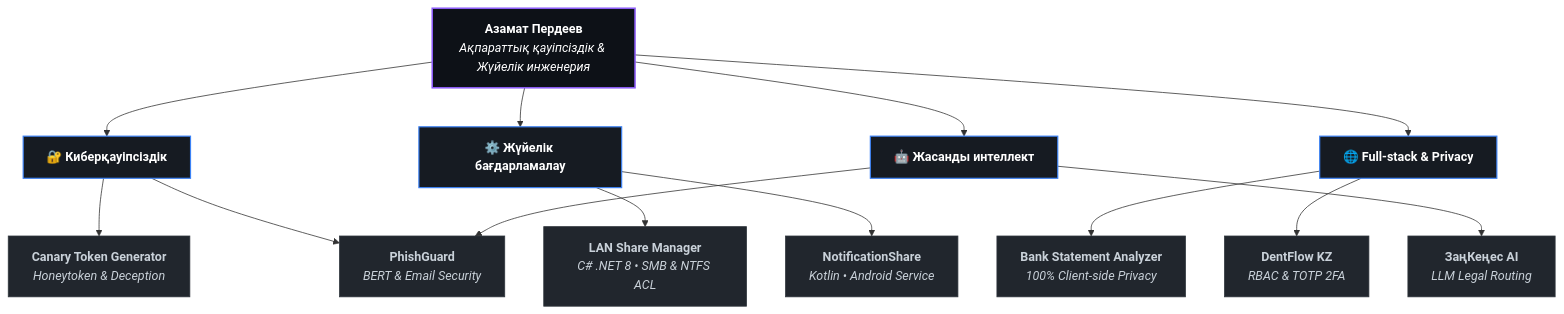
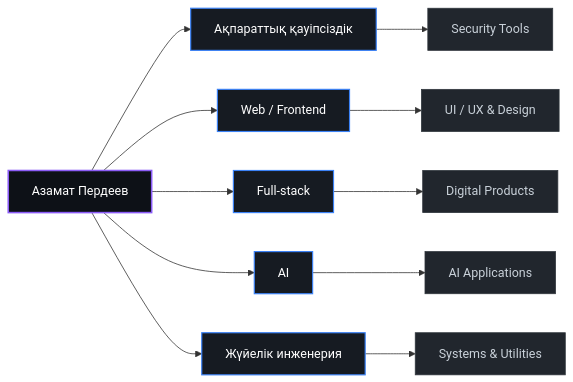
Before and after one commit to Azamaperdeev05/Azamaperdeev05: the diagram in README.md, drawn with Mermaid. The commit also changed other lines of this file, not shown here.

````diff
--- a/README.md
+++ b/README.md
@@ -73,33 +62,23 @@
 ```mermaid
-flowchart TD
-    Me["<b>Азамат Пердеев</b><br/><i>Ақпараттық қауіпсіздік & Жүйелік инженерия</i>"]
-    
-    Sec["🔐 <b>Киберқауіпсіздік</b>"]
-    Sys["⚙️ <b>Жүйелік бағдарламалау</b>"]
-    Web["🌐 <b>Full-stack & Privacy</b>"]
-    AI["🤖 <b>Жасанды интеллект</b>"]
+flowchart LR
+    A[Азамат Пердеев]
 
-    Me --> Sec
-    Me --> Sys
-    Me --> Web
-    Me --> AI
+    A --> B[Ақпараттық қауіпсіздік]
+    A --> C[Web / Frontend]
+    A --> D[Full-stack]
+    A --> E[AI]
+    A --> F[Жүйелік инженерия]
 
-    Sec --> P1["<b>Canary Token Generator</b><br/><i>Honeytoken & Deception</i>"]
-    Sec --> P2["<b>PhishGuard</b><br/><i>BERT & Email Security</i>"]
-
-    Sys --> P3["<b>LAN Share Manager</b><br/><i>C# .NET 8 • SMB & NTFS ACL</i>"]
-    Sys --> P4["<b>NotificationShare</b><br/><i>Kotlin • Android Service</i>"]
-
-    Web --> P5["<b>Bank Statement Analyzer</b><br/><i>100% Client-side Privacy</i>"]
-    Web --> P6["<b>DentFlow KZ</b><br/><i>RBAC & TOTP 2FA</i>"]
-
-    AI --> P2
-    AI --> P7["<b>ЗаңКеңес AI</b><br/><i>LLM Legal Routing</i>"]
+    B --> G[Security Tools]
+    C --> H[UI / UX & Design]
+    D --> I[Digital Products]
+    E --> J[AI Applications]
+    F --> K[Systems & Utilities]
 
     classDef core fill:#0d1117,stroke:#8B5CF6,stroke-width:2px,color:#ffffff;
-    classDef domain fill:#161b22,stroke:#3b82f6,stroke-width:1.5px,color:#ffffff;
-    classDef proj fill:#21262d,stroke:#30363d,stroke-width:1px,color:#c9d1d9;
-    class Me core;
-    class Sec,Sys,Web,AI domain;
-    class P1,P2,P3,P4,P5,P6,P7 proj;
+    classDef branch fill:#161b22,stroke:#3b82f6,stroke-width:1.5px,color:#ffffff;
+    classDef leaf fill:#21262d,stroke:#30363d,stroke-width:1px,color:#c9d1d9;
+    class A core;
+    class B,C,D,E,F branch;
+    class G,H,I,J,K leaf;
 ```
````
